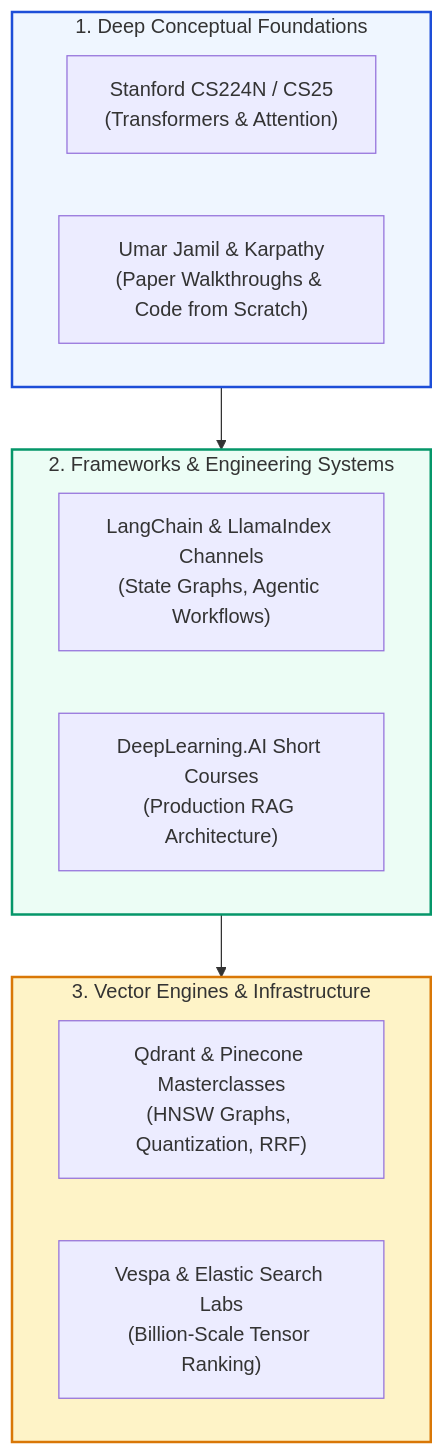
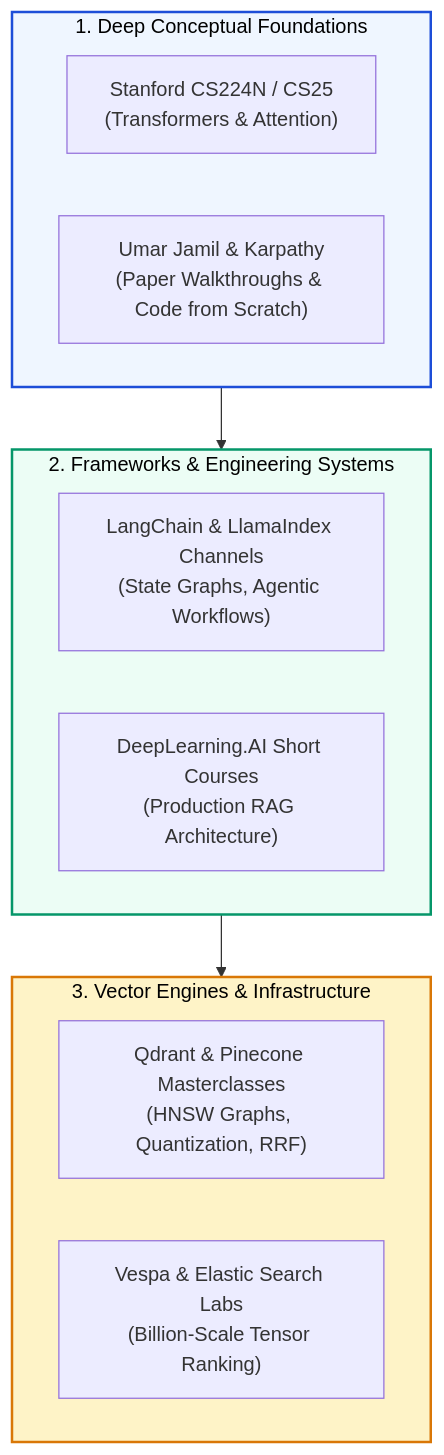
The first of 3 diagrams in 12-Resources/YouTube-Resources.md (swapnil3104/RAG-Engineering), drawn with Mermaid before and after one commit. The commit also changed other lines of this file and 108 other files, not shown here.

Commit message:
fix: make chart text visible across all Mermaid diagrams and resolve markdown table formatting issues

````diff
--- a/12-Resources/YouTube-Resources.md
+++ b/12-Resources/YouTube-Resources.md
@@ -27,23 +27,23 @@
 ```mermaid
 flowchart TD
     subgraph ConceptualPlane ["1. Deep Conceptual Foundations"]
         A1["Stanford CS224N / CS25<br/>(Transformers & Attention)"]
         A2["Umar Jamil & Karpathy<br/>(Paper Walkthroughs & Code from Scratch)"]
     end
 
     subgraph ArchitecturePlane ["2. Frameworks & Engineering Systems"]
         B1["LangChain & LlamaIndex Channels<br/>(State Graphs, Agentic Workflows)"]
         B2["DeepLearning.AI Short Courses<br/>(Production RAG Architecture)"]
     end
 
     subgraph StoragePlane ["3. Vector Engines & Infrastructure"]
         C1["Qdrant & Pinecone Masterclasses<br/>(HNSW Graphs, Quantization, RRF)"]
         C2["Vespa & Elastic Search Labs<br/>(Billion-Scale Tensor Ranking)"]
     end
 
     ConceptualPlane --> ArchitecturePlane --> StoragePlane
 
-    style ConceptualPlane fill:#eff6ff,stroke:#1d4ed8,stroke-width:2px
-    style ArchitecturePlane fill:#ecfdf5,stroke:#059669,stroke-width:2px
-    style StoragePlane fill:#fef3c7,stroke:#d97706,stroke-width:2px
+    style ConceptualPlane fill:#eff6ff,stroke:#1d4ed8,stroke-width:2px,color:#000000
+    style ArchitecturePlane fill:#ecfdf5,stroke:#059669,stroke-width:2px,color:#000000
+    style StoragePlane fill:#fef3c7,stroke:#d97706,stroke-width:2px,color:#000000
 ```
````
